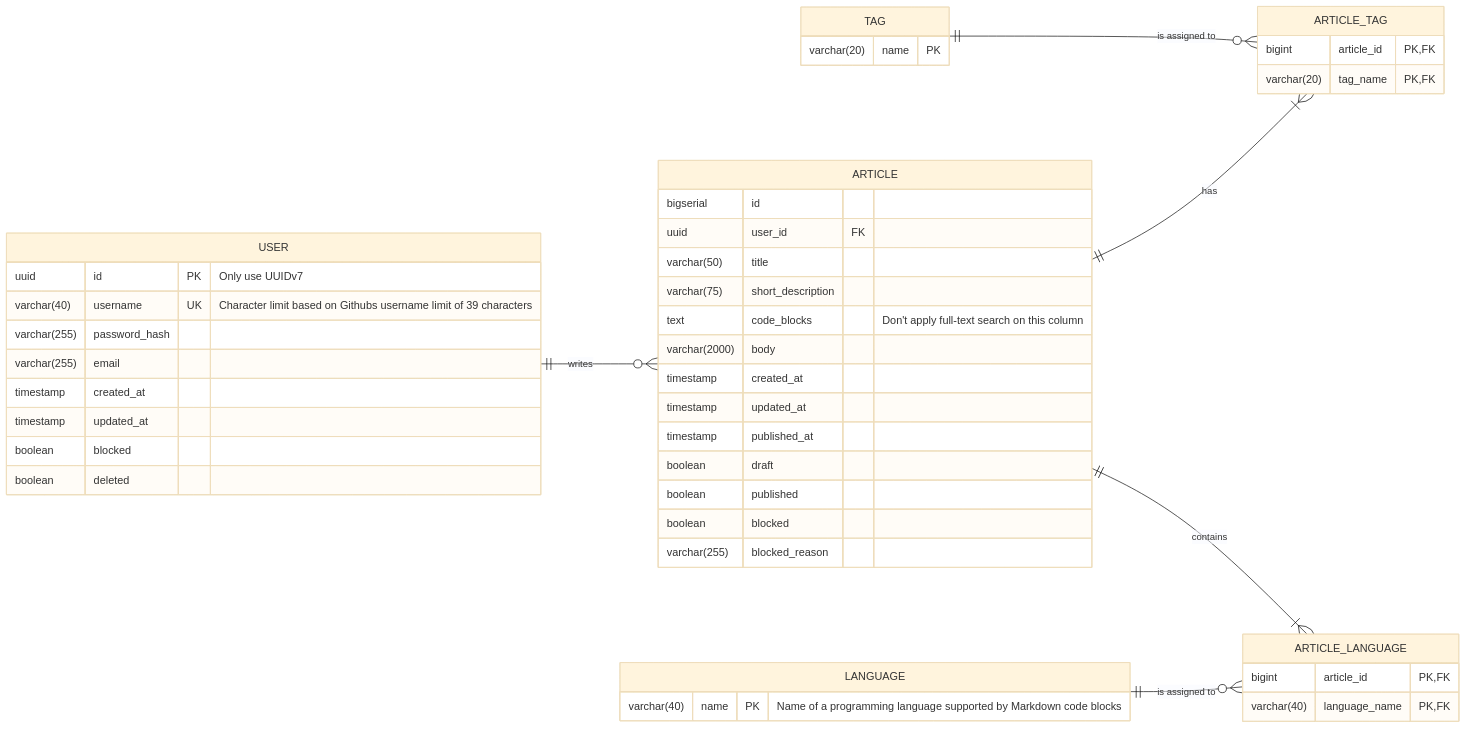
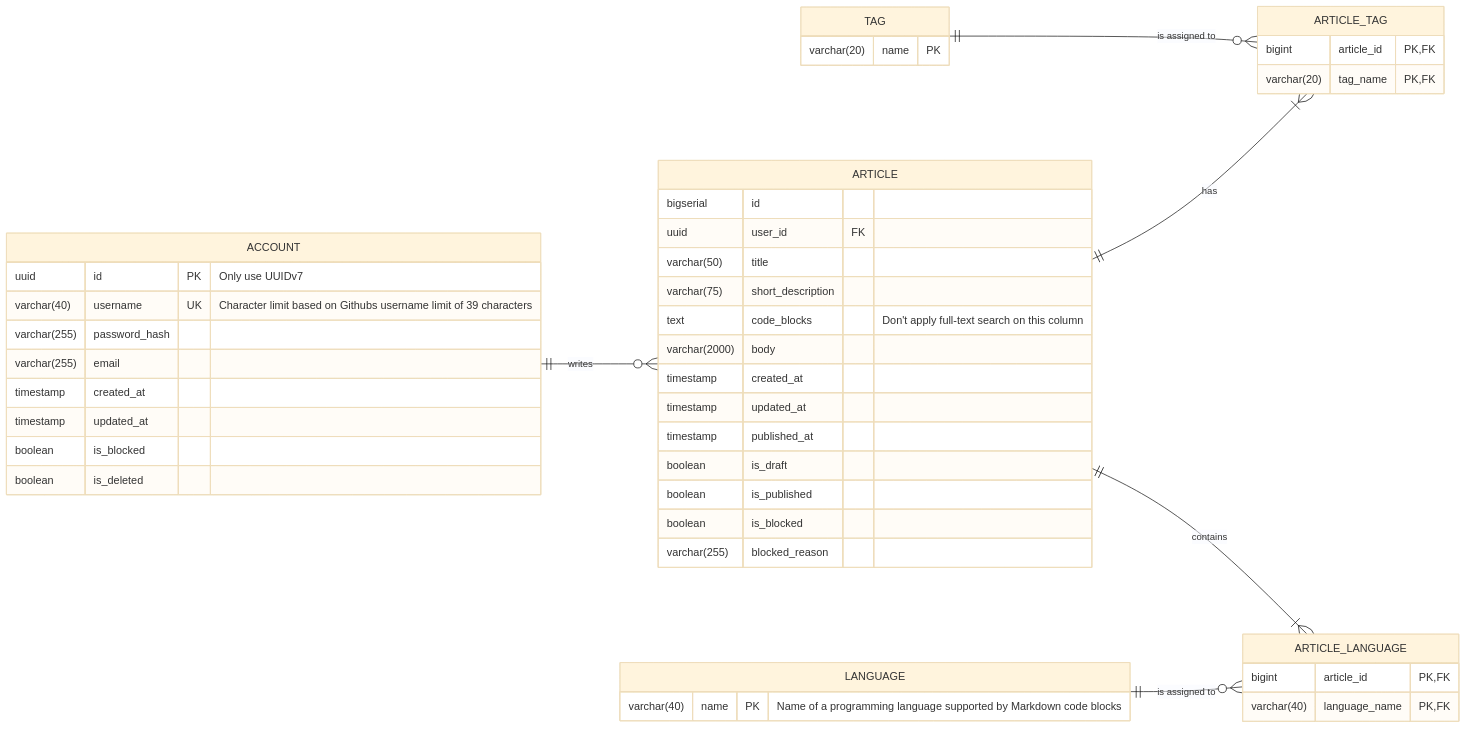
The diagram in designs/devsquare_erd.mmd (0DarkPhoenix/DevSquare), drawn with Mermaid (base theme) before and after one commit.

Commit message:
docs: changed some table and column names to prevent using reserved keywords by Postgres

```diff
--- a/designs/devsquare_erd.mmd
+++ b/designs/devsquare_erd.mmd
@@ -1,47 +1,47 @@
 erDiagram
     direction LR
-    USER ||--o{ ARTICLE : writes
+    ACCOUNT ||--o{ ARTICLE : writes
     ARTICLE ||--|{ ARTICLE_TAG : has
     LANGUAGE ||--o{ ARTICLE_LANGUAGE : "is assigned to"
     ARTICLE ||--|{ ARTICLE_LANGUAGE : contains
     TAG ||--o{ ARTICLE_TAG : "is assigned to"
 
-    USER {
+    ACCOUNT {
         uuid id PK "Only use UUIDv7"
         varchar(40) username UK "Character limit based on Githubs username limit of 39 characters"
         varchar(255) password_hash
         varchar(255) email
         timestamp created_at
         timestamp updated_at
-        boolean blocked
-        boolean deleted
+        boolean is_blocked
+        boolean is_deleted
     }
     ARTICLE {
         bigserial id
         uuid user_id FK
         varchar(50) title
         varchar(75) short_description
         text code_blocks "Don't apply full-text search on this column"
         varchar(2000) body
         timestamp created_at
         timestamp updated_at
         timestamp published_at
-        boolean draft
-        boolean published
-        boolean blocked
+        boolean is_draft
+        boolean is_published
+        boolean is_blocked
         varchar(255) blocked_reason
     }
     ARTICLE_TAG{
         bigint article_id PK,FK 
         varchar(20) tag_name PK,FK
     }
     TAG {
         varchar(20) name PK
     }
     ARTICLE_LANGUAGE {
         bigint article_id PK,FK
         varchar(40) language_name PK,FK
     }
     LANGUAGE {
         varchar(40) name PK "Name of a programming language supported by Markdown code blocks"
     }
```
